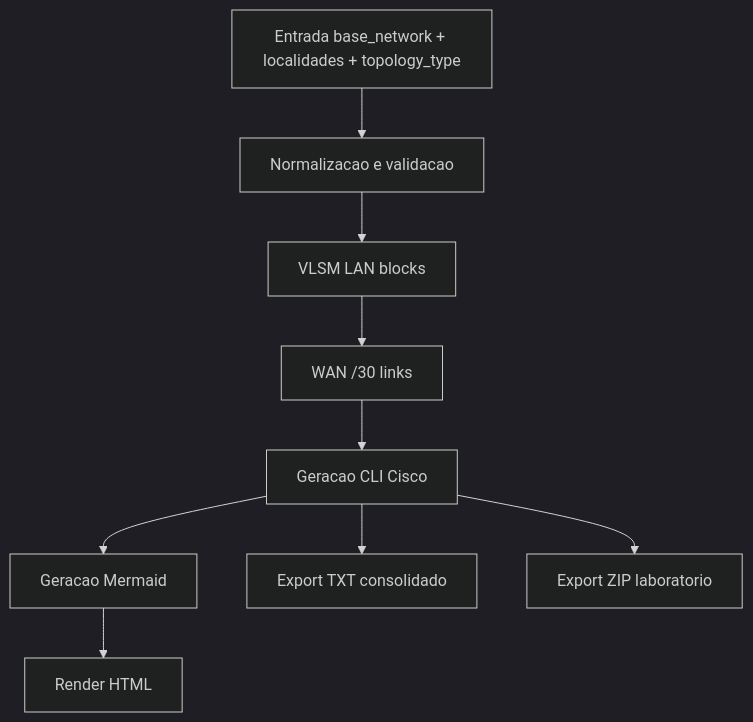
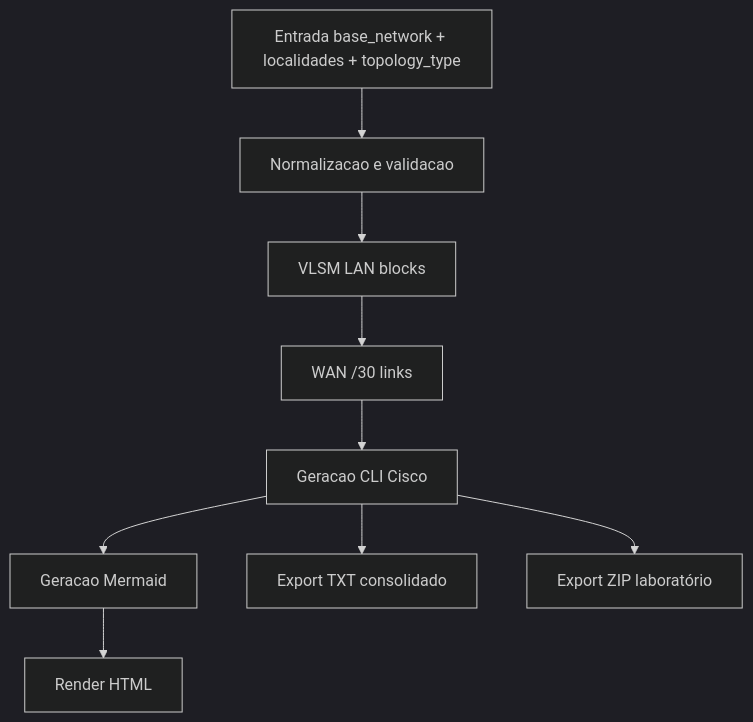
The second of 3 diagrams in README.md (carmipa/FRAMEWORK_DE_REDES_ANALISE_DIDATICA_AVANCADA), drawn with Mermaid (dark theme) before and after one commit. The commit also changed other lines of this file and 8 other files, not shown here.

Commit message:
feat: implement problem resolution service architecture with normalization, planning, and web helper utilities.

````diff
--- a/README.md
+++ b/README.md
@@ -97,11 +100,11 @@
 ```mermaid
 flowchart TD
     I[Entrada base_network + localidades + topology_type] --> N[Normalizacao e validacao]
     N --> L[VLSM LAN blocks]
     L --> W[WAN /30 links]
     W --> C[Geracao CLI Cisco]
     C --> M[Geracao Mermaid]
     M --> O[Render HTML]
     C --> E1[Export TXT consolidado]
-    C --> E2[Export ZIP laboratorio]
+    C --> E2[Export ZIP laboratório]
 ```
````
